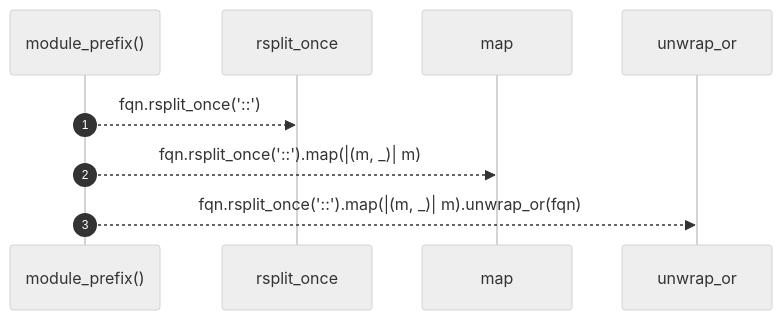
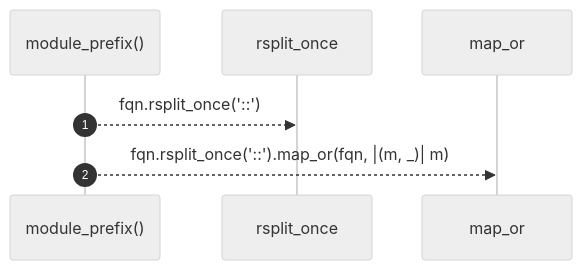
The diagram in docs/self-model/robby_extract/rust/module-prefix.md (RyanGuild/self-describing-code), drawn with Mermaid (neutral theme) before and after one commit. The commit also changed other lines of this file and 747 other files, not shown here.

````diff
--- a/docs/self-model/robby_extract/rust/module-prefix.md
+++ b/docs/self-model/robby_extract/rust/module-prefix.md
@@ -18,11 +18,9 @@
 ```mermaid
 sequenceDiagram
     autonumber
     participant module_prefix as module_prefix()
     participant rsplit_once as rsplit_once
-    participant map as map
-    participant unwrap_or as unwrap_or
+    participant map_or as map_or
     module_prefix-->>rsplit_once: fqn.rsplit_once('::')
-    module_prefix-->>map: fqn.rsplit_once('::').map(|(m, _)| m)
-    module_prefix-->>unwrap_or: fqn.rsplit_once('::').map(|(m, _)| m).unwrap_or(fqn)
+    module_prefix-->>map_or: fqn.rsplit_once('::').map_or(fqn, |(m, _)| m)
 ```
````
